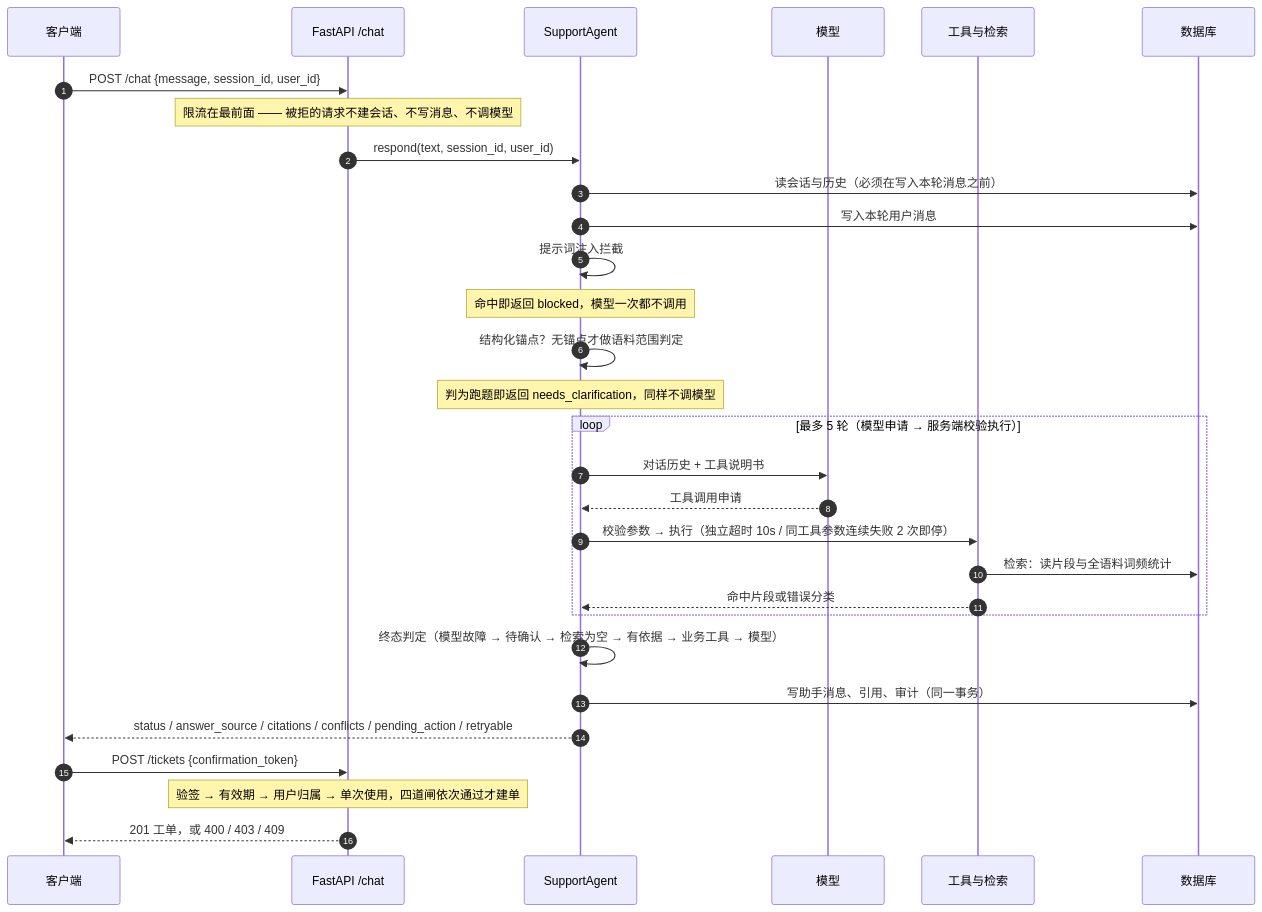
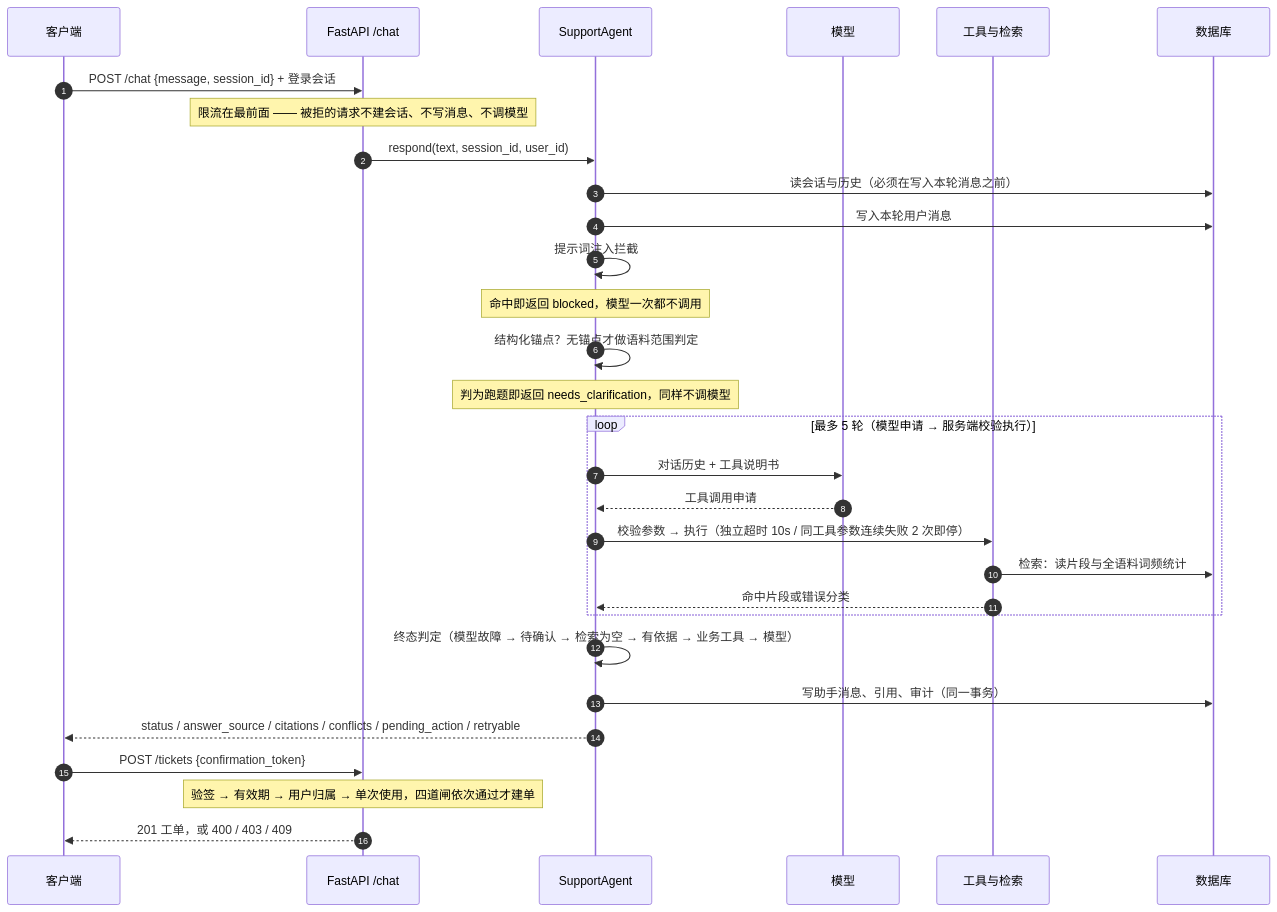
Before and after one commit to Garcia-rgb/smartpv-support-agent: the second of 2 diagrams in README.md, drawn with Mermaid. The commit also changed other lines of this file and 17 other files, not shown here.

````diff
--- a/README.md
+++ b/README.md
@@ -303,33 +307,33 @@
 ```mermaid
 sequenceDiagram
     autonumber
     participant C as 客户端
     participant A as FastAPI /chat
     participant S as SupportAgent
     participant M as 模型
     participant T as 工具与检索
     participant D as 数据库
 
-    C->>A: POST /chat {message, session_id, user_id}
+    C->>A: POST /chat {message, session_id} + 登录会话
     Note over A: 限流在最前面 —— 被拒的请求不建会话、不写消息、不调模型
     A->>S: respond(text, session_id, user_id)
     S->>D: 读会话与历史（必须在写入本轮消息之前）
     S->>D: 写入本轮用户消息
     S->>S: 提示词注入拦截
     Note over S: 命中即返回 blocked，模型一次都不调用
     S->>S: 结构化锚点？无锚点才做语料范围判定
     Note over S: 判为跑题即返回 needs_clarification，同样不调模型
     loop 最多 5 轮（模型申请 → 服务端校验执行）
         S->>M: 对话历史 + 工具说明书
         M-->>S: 工具调用申请
         S->>T: 校验参数 → 执行（独立超时 10s / 同工具参数连续失败 2 次即停）
         T->>D: 检索：读片段与全语料词频统计
         T-->>S: 命中片段或错误分类
     end
     S->>S: 终态判定（模型故障 → 待确认 → 检索为空 → 有依据 → 业务工具 → 模型）
     S->>D: 写助手消息、引用、审计（同一事务）
     S-->>C: status / answer_source / citations / conflicts / pending_action / retryable
     C->>A: POST /tickets {confirmation_token}
     Note over A: 验签 → 有效期 → 用户归属 → 单次使用，四道闸依次通过才建单
     A-->>C: 201 工单，或 400 / 403 / 409
 ```
````
